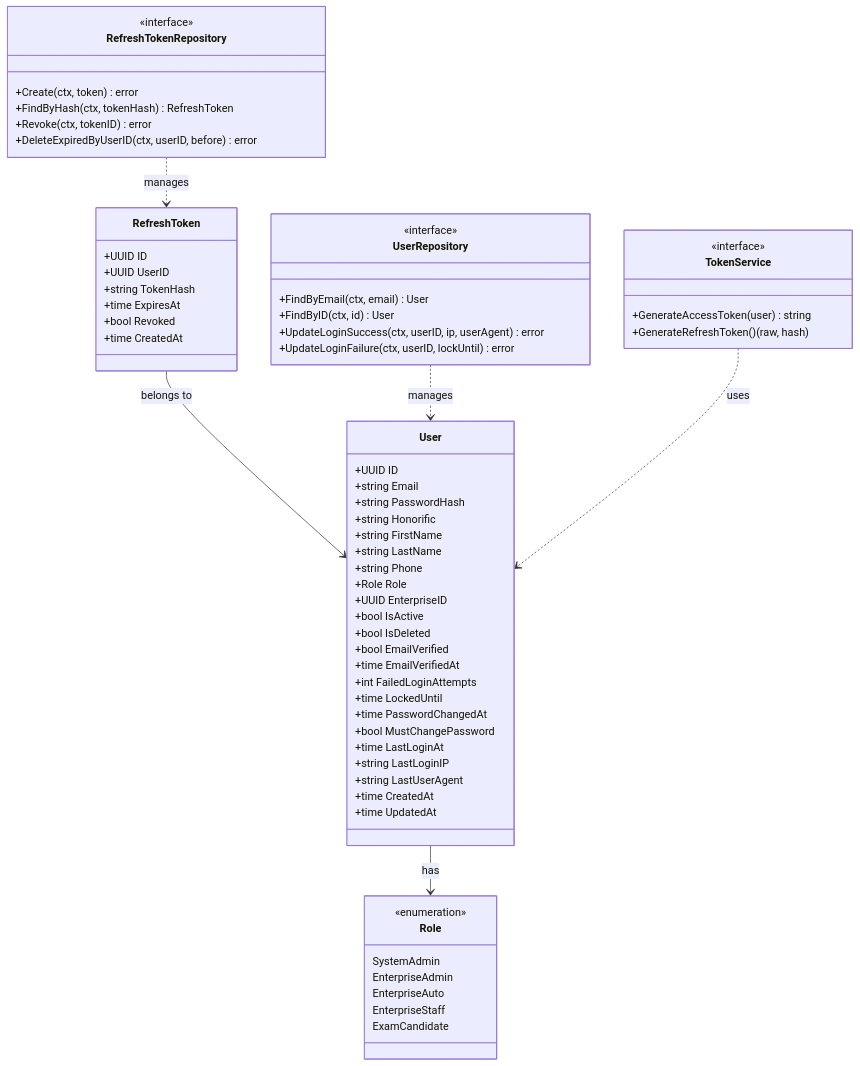
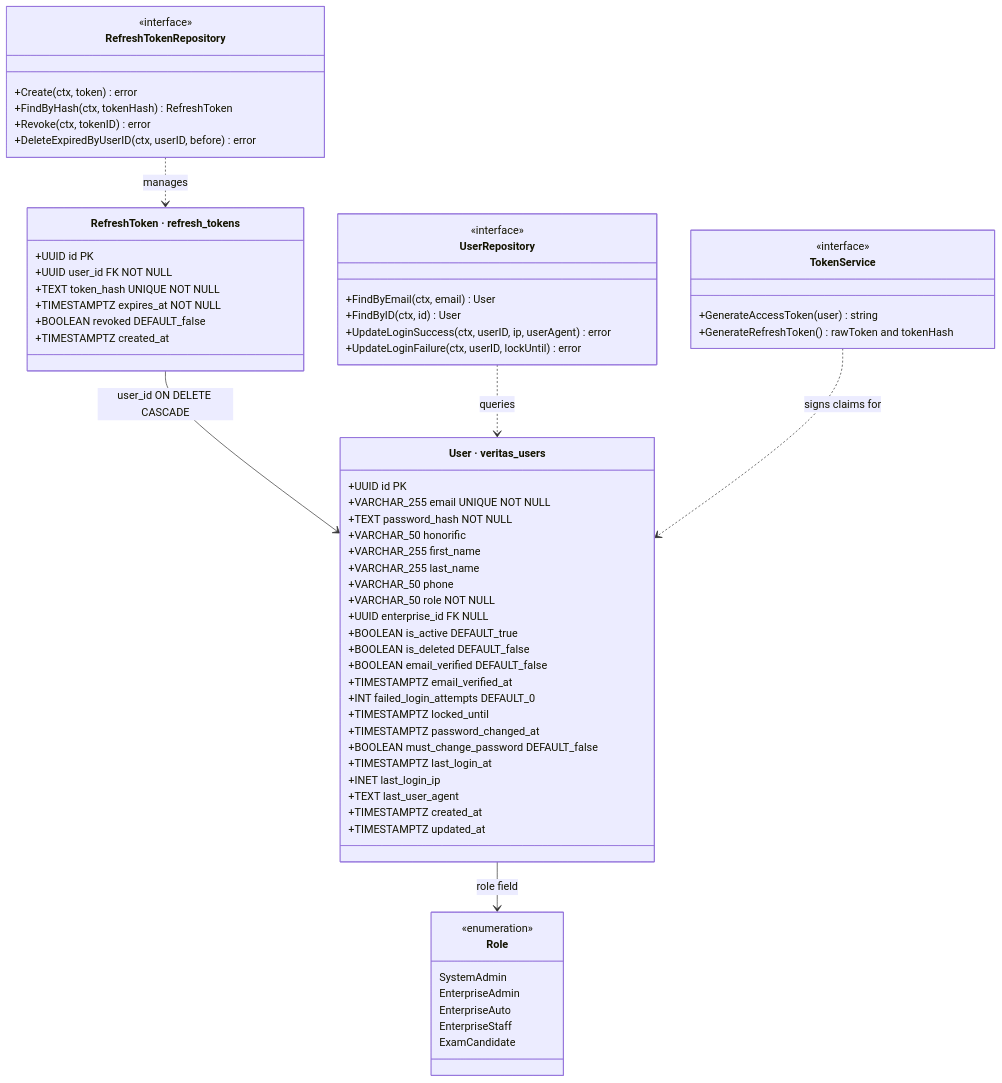
One commit to tamirat-dejene/veritas changed the first of 6 diagrams in docs/class_diagram.md. Above: the diagram before and after it, drawn with Mermaid. The commit also changed other lines of this file, not shown here.

Commit message:
feat: Enhance class diagrams to include SQL schema details, table names, column types, constraints, and indexes.

````diff
--- a/docs/class_diagram.md
+++ b/docs/class_diagram.md
@@ -11,75 +14,75 @@
 ```mermaid
 classDiagram
     direction TB
 
-    class User {
-        +UUID ID
-        +string Email
-        +string PasswordHash
-        +string Honorific
-        +string FirstName
-        +string LastName
-        +string Phone
-        +Role Role
-        +UUID EnterpriseID
-        +bool IsActive
-        +bool IsDeleted
-        +bool EmailVerified
-        +time EmailVerifiedAt
-        +int FailedLoginAttempts
-        +time LockedUntil
-        +time PasswordChangedAt
-        +bool MustChangePassword
-        +time LastLoginAt
-        +string LastLoginIP
-        +string LastUserAgent
-        +time CreatedAt
-        +time UpdatedAt
+    class User["User · veritas_users"] {
+        +UUID id PK
+        +VARCHAR_255 email UNIQUE NOT NULL
+        +TEXT password_hash NOT NULL
+        +VARCHAR_50 honorific
+        +VARCHAR_255 first_name
+        +VARCHAR_255 last_name
+        +VARCHAR_50 phone
+        +VARCHAR_50 role NOT NULL
+        +UUID enterprise_id FK NULL
+        +BOOLEAN is_active DEFAULT_true
+        +BOOLEAN is_deleted DEFAULT_false
+        +BOOLEAN email_verified DEFAULT_false
+        +TIMESTAMPTZ email_verified_at
+        +INT failed_login_attempts DEFAULT_0
+        +TIMESTAMPTZ locked_until
+        +TIMESTAMPTZ password_changed_at
+        +BOOLEAN must_change_password DEFAULT_false
+        +TIMESTAMPTZ last_login_at
+        +INET last_login_ip
+        +TEXT last_user_agent
+        +TIMESTAMPTZ created_at
+        +TIMESTAMPTZ updated_at
     }
 
-    class RefreshToken {
-        +UUID ID
-        +UUID UserID
-        +string TokenHash
-        +time ExpiresAt
-        +bool Revoked
-        +time CreatedAt
+    class RefreshToken["RefreshToken · refresh_tokens"] {
+        +UUID id PK
+        +UUID user_id FK NOT NULL
+        +TEXT token_hash UNIQUE NOT NULL
+        +TIMESTAMPTZ expires_at NOT NULL
+        +BOOLEAN revoked DEFAULT_false
+        +TIMESTAMPTZ created_at
     }
 
     class Role {
         <<enumeration>>
         SystemAdmin
         EnterpriseAdmin
         EnterpriseAuto
         EnterpriseStaff
         ExamCandidate
     }
 
     class UserRepository {
         <<interface>>
         +FindByEmail(ctx, email) User
         +FindByID(ctx, id) User
         +UpdateLoginSuccess(ctx, userID, ip, userAgent) error
         +UpdateLoginFailure(ctx, userID, lockUntil) error
     }
 
     class RefreshTokenRepository {
         <<interface>>
         +Create(ctx, token) error
         +FindByHash(ctx, tokenHash) RefreshToken
         +Revoke(ctx, tokenID) error
         +DeleteExpiredByUserID(ctx, userID, before) error
     }
 
     class TokenService {
         <<interface>>
         +GenerateAccessToken(user) string
-        +GenerateRefreshToken() (raw, hash)
+        +GenerateRefreshToken() rawToken and tokenHash
     }
 
-    User --> Role : has
-    RefreshToken --> User : belongs to
-    UserRepository ..> User : manages
+    User --> Role : role field
+    RefreshToken --> User : user_id ON DELETE CASCADE
+    UserRepository ..> User : queries
     RefreshTokenRepository ..> RefreshToken : manages
-    TokenService ..> User : uses
+    TokenService ..> User : signs claims for
 ```
````
